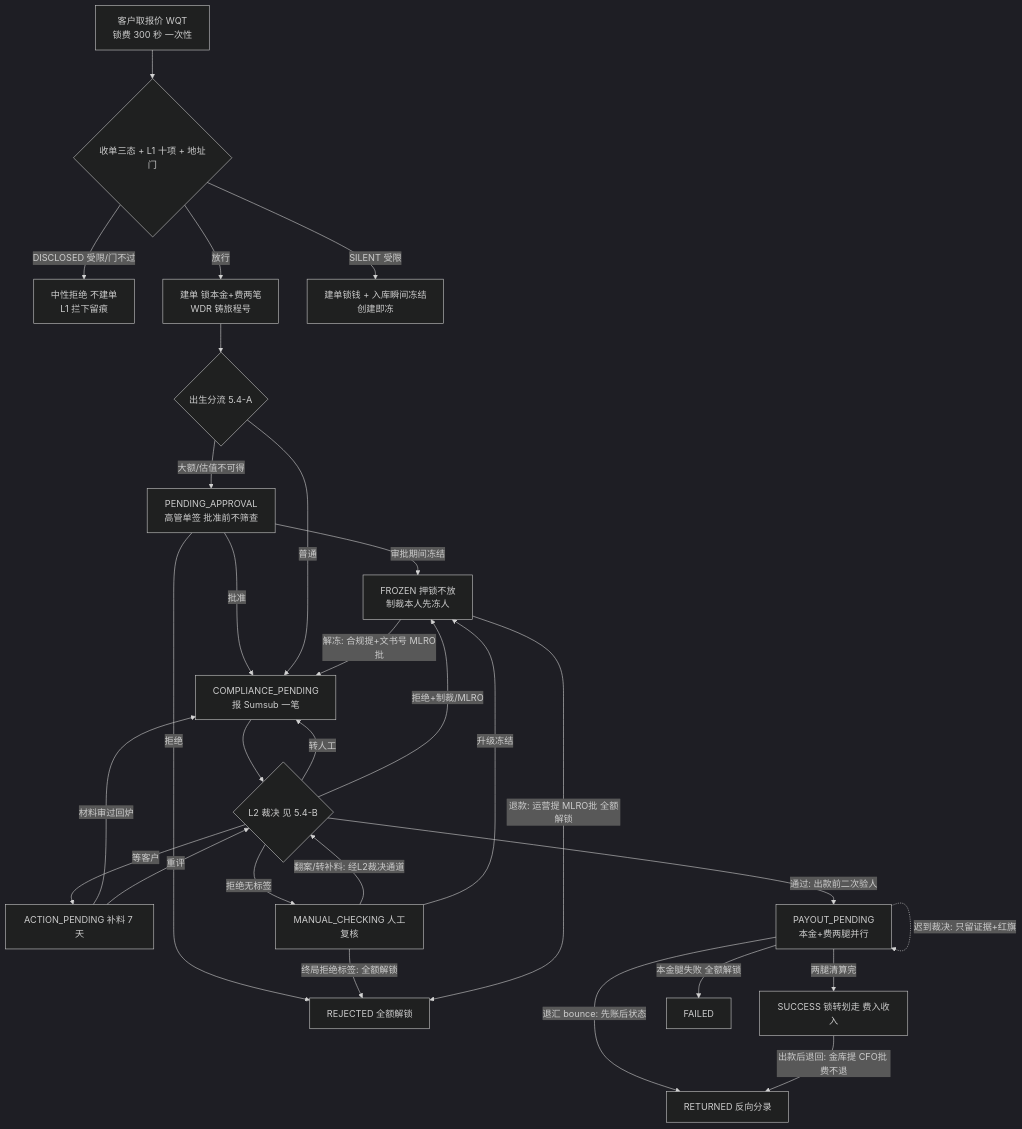
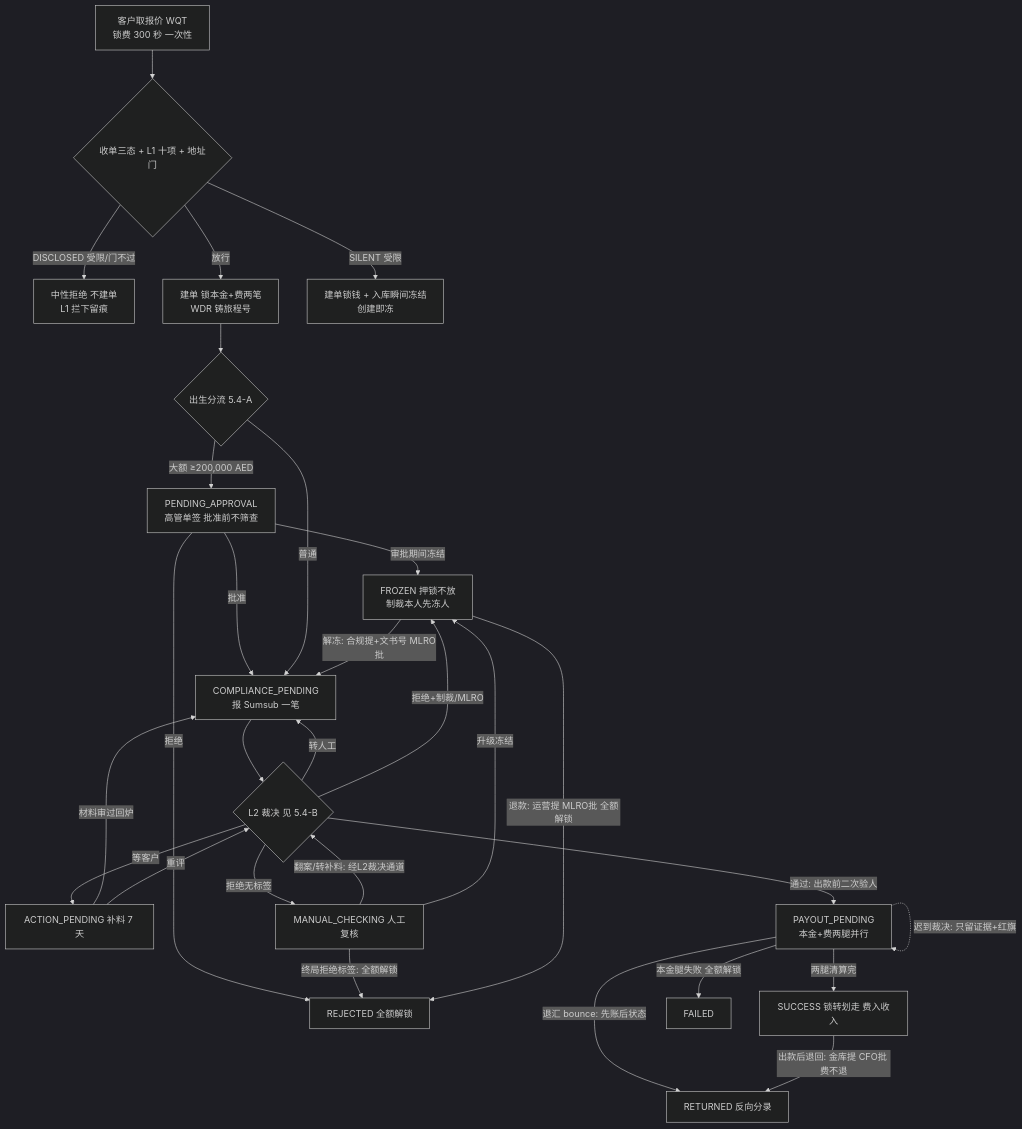
Before and after one commit to 2handsuae/fiatx-demo: the diagram in doc-final/lark/2026-09-17-withdraw-v2-prd.md, drawn with Mermaid (dark theme). The commit also changed other lines of this file and 3 other files, not shown here.

````diff
--- a/doc-final/lark/2026-09-17-withdraw-v2-prd.md
+++ b/doc-final/lark/2026-09-17-withdraw-v2-prd.md
@@ -193,31 +193,31 @@
 ```mermaid
 flowchart TD
   A[客户取报价 WQT<br/>锁费 300 秒 一次性] --> B{收单三态 + L1 十项 + 地址门}
   B -- DISCLOSED 受限/门不过 --> B2[中性拒绝 不建单<br/>L1 拦下留痕]
   B -- 放行 --> C[建单 锁本金+费两笔<br/>WDR 铸旅程号]
   B -- SILENT 受限 --> C2[建单锁钱 + 入库瞬间冻结<br/>创建即冻]
   C --> D{出生分流 5.4-A}
-  D -- 大额/估值不可得 --> E[PENDING_APPROVAL<br/>高管单签 批准前不筛查]
+  D -- 大额 ≥200,000 AED --> E[PENDING_APPROVAL<br/>高管单签 批准前不筛查]
   E -- 拒绝 --> F[REJECTED 全额解锁]
   E -- 审批期间冻结 --> K
   E -- 批准 --> G[COMPLIANCE_PENDING<br/>报 Sumsub 一笔]
   D -- 普通 --> G
   G --> H{L2 裁决 见 5.4-B}
   H -- 等客户 --> I[ACTION_PENDING 补料 7 天]
   H -- 转人工 --> G
   H -- 拒绝无标签 --> J[MANUAL_CHECKING 人工复核]
   H -- 拒绝+制裁/MLRO --> K[FROZEN 押锁不放<br/>制裁本人先冻人]
   H -- 通过: 出款前二次验人 --> L[PAYOUT_PENDING<br/>本金+费两腿并行]
   I -- 材料审过回炉 --> G
   I -- 重评 --> H
   J -- 翻案/转补料: 经L2裁决通道 --> H
   J -- 终局拒绝标签: 全额解锁 --> F
   J -- 升级冻结 --> K
   K -- 解冻: 合规提+文书号 MLRO批 --> G
   K -- 退款: 运营提 MLRO批 全额解锁 --> F
   L -- 两腿清算完 --> M[SUCCESS 锁转划走 费入收入]
   L -- 本金腿失败 全额解锁 --> N[FAILED]
   L -- 退汇 bounce: 先账后状态 --> O[RETURNED 反向分录]
   L -. 迟到裁决: 只留证据+红旗 .-> L
   M -- 出款后退回: 金库提 CFO批 费不退 --> O
 ```
````
